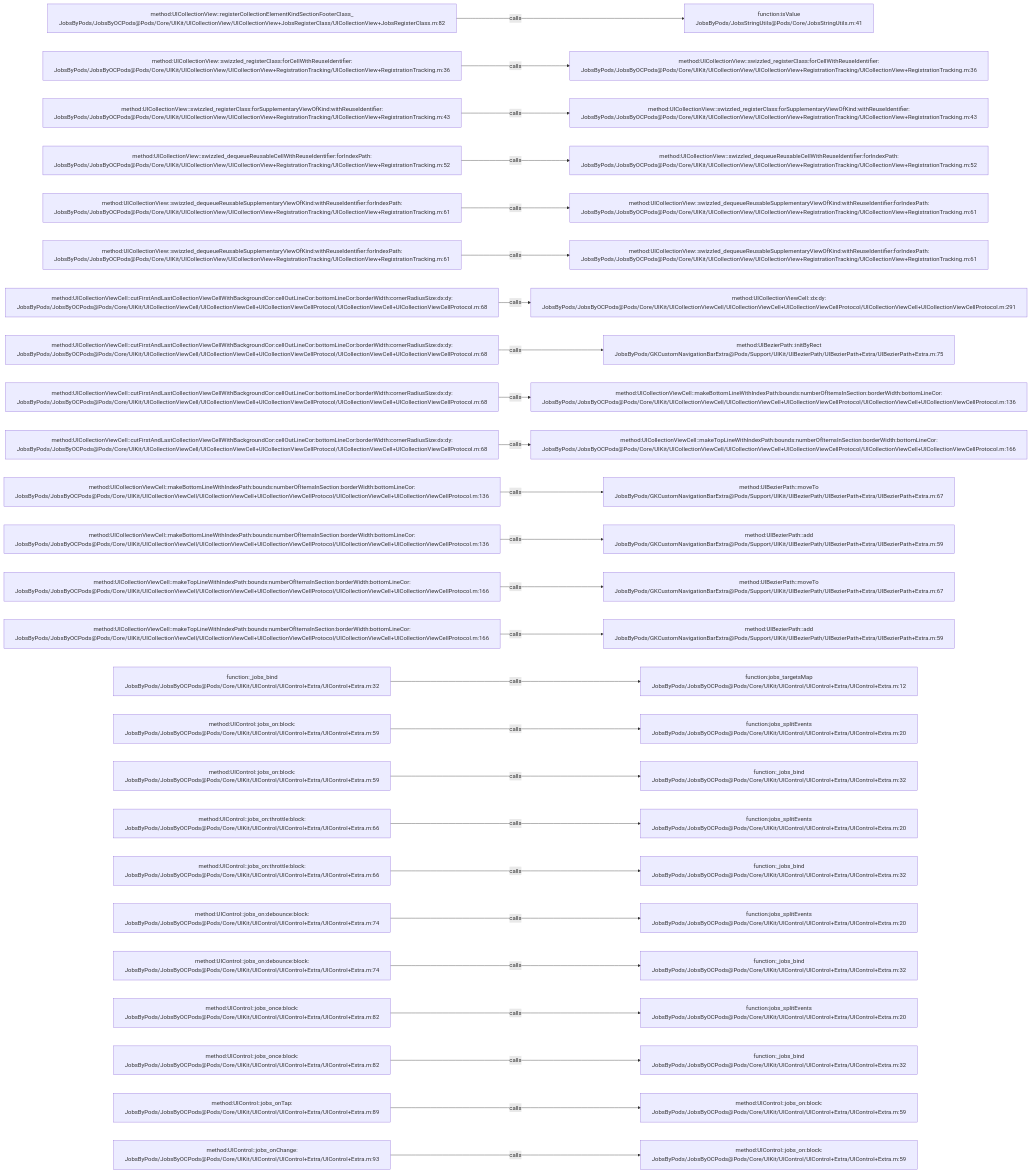
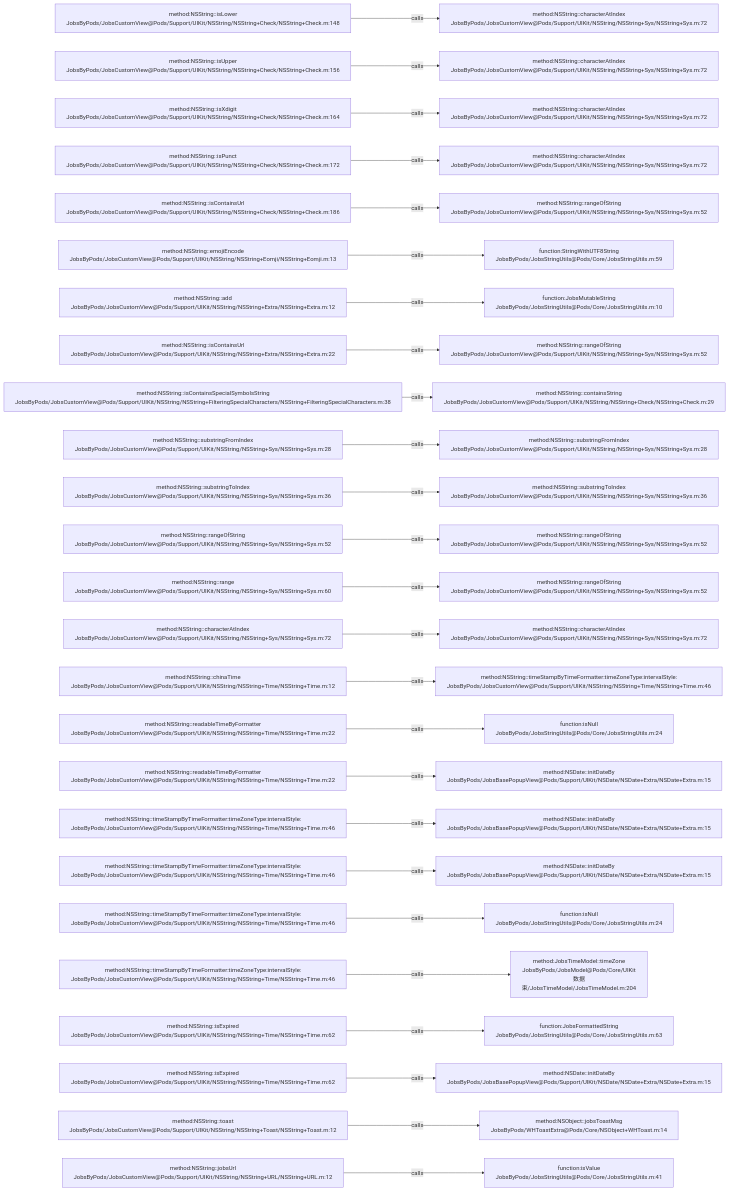
One commit to JobsKits/JobsOCBaseConfigDemo changed the diagram in .codegraph/codegraph.md/graphs/calls-057.md. Above: the diagram before and after it, drawn with Mermaid. The commit also changed 573 other files, not shown here.

````diff
--- a/.codegraph/codegraph.md/graphs/calls-057.md
+++ b/.codegraph/codegraph.md/graphs/calls-057.md
@@ -13,78 +13,78 @@
 ```mermaid
 flowchart LR
-  S1["method:UICollectionView::registerCollectionElementKindSectionFooterClass_<br/>JobsByPods/JobsByOCPods@Pods/Core/UIKit/UICollectionView/UICollectionView+JobsRegisterClass/UICollectionView+JobsRegisterClass.m:82"]
-  T1["function:isValue<br/>JobsByPods/JobsStringUtils@Pods/Core/JobsStringUtils.m:41"]
+  S1["method:NSString::isLower<br/>JobsByPods/JobsCustomView@Pods/Support/UIKit/NSString/NSString+Check/NSString+Check.m:148"]
+  T1["method:NSString::characterAtIndex<br/>JobsByPods/JobsCustomView@Pods/Support/UIKit/NSString/NSString+Sys/NSString+Sys.m:72"]
   S1 -->|calls| T1
-  S2["method:UICollectionView::swizzled_registerClass:forCellWithReuseIdentifier:<br/>JobsByPods/JobsByOCPods@Pods/Core/UIKit/UICollectionView/UICollectionView+RegistrationTracking/UICollectionView+RegistrationTracking.m:36"]
-  T2["method:UICollectionView::swizzled_registerClass:forCellWithReuseIdentifier:<br/>JobsByPods/JobsByOCPods@Pods/Core/UIKit/UICollectionView/UICollectionView+RegistrationTracking/UICollectionView+RegistrationTracking.m:36"]
+  S2["method:NSString::isUpper<br/>JobsByPods/JobsCustomView@Pods/Support/UIKit/NSString/NSString+Check/NSString+Check.m:156"]
+  T2["method:NSString::characterAtIndex<br/>JobsByPods/JobsCustomView@Pods/Support/UIKit/NSString/NSString+Sys/NSString+Sys.m:72"]
   S2 -->|calls| T2
-  S3["method:UICollectionView::swizzled_registerClass:forSupplementaryViewOfKind:withReuseIdentifier:<br/>JobsByPods/JobsByOCPods@Pods/Core/UIKit/UICollectionView/UICollectionView+RegistrationTracking/UICollectionView+RegistrationTracking.m:43"]
-  T3["method:UICollectionView::swizzled_registerClass:forSupplementaryViewOfKind:withReuseIdentifier:<br/>JobsByPods/JobsByOCPods@Pods/Core/UIKit/UICollectionView/UICollectionView+RegistrationTracking/UICollectionView+RegistrationTracking.m:43"]
+  S3["method:NSString::isXdigit<br/>JobsByPods/JobsCustomView@Pods/Support/UIKit/NSString/NSString+Check/NSString+Check.m:164"]
+  T3["method:NSString::characterAtIndex<br/>JobsByPods/JobsCustomView@Pods/Support/UIKit/NSString/NSString+Sys/NSString+Sys.m:72"]
   S3 -->|calls| T3
-  S4["method:UICollectionView::swizzled_dequeueReusableCellWithReuseIdentifier:forIndexPath:<br/>JobsByPods/JobsByOCPods@Pods/Core/UIKit/UICollectionView/UICollectionView+RegistrationTracking/UICollectionView+RegistrationTracking.m:52"]
-  T4["method:UICollectionView::swizzled_dequeueReusableCellWithReuseIdentifier:forIndexPath:<br/>JobsByPods/JobsByOCPods@Pods/Core/UIKit/UICollectionView/UICollectionView+RegistrationTracking/UICollectionView+RegistrationTracking.m:52"]
+  S4["method:NSString::isPunct<br/>JobsByPods/JobsCustomView@Pods/Support/UIKit/NSString/NSString+Check/NSString+Check.m:172"]
+  T4["method:NSString::characterAtIndex<br/>JobsByPods/JobsCustomView@Pods/Support/UIKit/NSString/NSString+Sys/NSString+Sys.m:72"]
   S4 -->|calls| T4
-  S5["method:UICollectionView::swizzled_dequeueReusableSupplementaryViewOfKind:withReuseIdentifier:forIndexPath:<br/>JobsByPods/JobsByOCPods@Pods/Core/UIKit/UICollectionView/UICollectionView+RegistrationTracking/UICollectionView+RegistrationTracking.m:61"]
-  T5["method:UICollectionView::swizzled_dequeueReusableSupplementaryViewOfKind:withReuseIdentifier:forIndexPath:<br/>JobsByPods/JobsByOCPods@Pods/Core/UIKit/UICollectionView/UICollectionView+RegistrationTracking/UICollectionView+RegistrationTracking.m:61"]
+  S5["method:NSString::isContainsUrl<br/>JobsByPods/JobsCustomView@Pods/Support/UIKit/NSString/NSString+Check/NSString+Check.m:186"]
+  T5["method:NSString::rangeOfString<br/>JobsByPods/JobsCustomView@Pods/Support/UIKit/NSString/NSString+Sys/NSString+Sys.m:52"]
   S5 -->|calls| T5
-  S6["method:UICollectionView::swizzled_dequeueReusableSupplementaryViewOfKind:withReuseIdentifier:forIndexPath:<br/>JobsByPods/JobsByOCPods@Pods/Core/UIKit/UICollectionView/UICollectionView+RegistrationTracking/UICollectionView+RegistrationTracking.m:61"]
-  T6["method:UICollectionView::swizzled_dequeueReusableSupplementaryViewOfKind:withReuseIdentifier:forIndexPath:<br/>JobsByPods/JobsByOCPods@Pods/Core/UIKit/UICollectionView/UICollectionView+RegistrationTracking/UICollectionView+RegistrationTracking.m:61"]
+  S6["method:NSString::emojiEncode<br/>JobsByPods/JobsCustomView@Pods/Support/UIKit/NSString/NSString+Eomji/NSString+Eomji.m:13"]
+  T6["function:StringWithUTF8String<br/>JobsByPods/JobsStringUtils@Pods/Core/JobsStringUtils.m:59"]
   S6 -->|calls| T6
-  S7["method:UICollectionViewCell::cutFirstAndLastCollectionViewCellWithBackgroundCor:cellOutLineCor:bottomLineCor:borderWidth:cornerRadiusSize:dx:dy:<br/>JobsByPods/JobsByOCPods@Pods/Core/UIKit/UICollectionViewCell/UICollectionViewCell+UICollectionViewCellProtocol/UICollectionViewCell+UICollectionViewCellProtocol.m:68"]
-  T7["method:UICollectionViewCell::dx:dy:<br/>JobsByPods/JobsByOCPods@Pods/Core/UIKit/UICollectionViewCell/UICollectionViewCell+UICollectionViewCellProtocol/UICollectionViewCell+UICollectionViewCellProtocol.m:291"]
+  S7["method:NSString::add<br/>JobsByPods/JobsCustomView@Pods/Support/UIKit/NSString/NSString+Extra/NSString+Extra.m:12"]
+  T7["function:JobsMutableString<br/>JobsByPods/JobsStringUtils@Pods/Core/JobsStringUtils.m:10"]
   S7 -->|calls| T7
-  S8["method:UICollectionViewCell::cutFirstAndLastCollectionViewCellWithBackgroundCor:cellOutLineCor:bottomLineCor:borderWidth:cornerRadiusSize:dx:dy:<br/>JobsByPods/JobsByOCPods@Pods/Core/UIKit/UICollectionViewCell/UICollectionViewCell+UICollectionViewCellProtocol/UICollectionViewCell+UICollectionViewCellProtocol.m:68"]
-  T8["method:UIBezierPath::initByRect<br/>JobsByPods/GKCustomNavigationBarExtra@Pods/Support/UIKit/UIBezierPath/UIBezierPath+Extra/UIBezierPath+Extra.m:75"]
+  S8["method:NSString::isContainsUrl<br/>JobsByPods/JobsCustomView@Pods/Support/UIKit/NSString/NSString+Extra/NSString+Extra.m:22"]
+  T8["method:NSString::rangeOfString<br/>JobsByPods/JobsCustomView@Pods/Support/UIKit/NSString/NSString+Sys/NSString+Sys.m:52"]
   S8 -->|calls| T8
-  S9["method:UICollectionViewCell::cutFirstAndLastCollectionViewCellWithBackgroundCor:cellOutLineCor:bottomLineCor:borderWidth:cornerRadiusSize:dx:dy:<br/>JobsByPods/JobsByOCPods@Pods/Core/UIKit/UICollectionViewCell/UICollectionViewCell+UICollectionViewCellProtocol/UICollectionViewCell+UICollectionViewCellProtocol.m:68"]
-  T9["method:UICollectionViewCell::makeBottomLineWithIndexPath:bounds:numberOfItemsInSection:borderWidth:bottomLineCor:<br/>JobsByPods/JobsByOCPods@Pods/Core/UIKit/UICollectionViewCell/UICollectionViewCell+UICollectionViewCellProtocol/UICollectionViewCell+UICollectionViewCellProtocol.m:136"]
+  S9["method:NSString::isContainsSpecialSymbolsString<br/>JobsByPods/JobsCustomView@Pods/Support/UIKit/NSString/NSString+FilteringSpecialCharacters/NSString+FilteringSpecialCharacters.m:38"]
+  T9["method:NSString::containsString<br/>JobsByPods/JobsCustomView@Pods/Support/UIKit/NSString/NSString+Check/NSString+Check.m:29"]
   S9 -->|calls| T9
-  S10["method:UICollectionViewCell::cutFirstAndLastCollectionViewCellWithBackgroundCor:cellOutLineCor:bottomLineCor:borderWidth:cornerRadiusSize:dx:dy:<br/>JobsByPods/JobsByOCPods@Pods/Core/UIKit/UICollectionViewCell/UICollectionViewCell+UICollectionViewCellProtocol/UICollectionViewCell+UICollectionViewCellProtocol.m:68"]
-  T10["method:UICollectionViewCell::makeTopLineWithIndexPath:bounds:numberOfItemsInSection:borderWidth:bottomLineCor:<br/>JobsByPods/JobsByOCPods@Pods/Core/UIKit/UICollectionViewCell/UICollectionViewCell+UICollectionViewCellProtocol/UICollectionViewCell+UICollectionViewCellProtocol.m:166"]
+  S10["method:NSString::substringFromIndex<br/>JobsByPods/JobsCustomView@Pods/Support/UIKit/NSString/NSString+Sys/NSString+Sys.m:28"]
+  T10["method:NSString::substringFromIndex<br/>JobsByPods/JobsCustomView@Pods/Support/UIKit/NSString/NSString+Sys/NSString+Sys.m:28"]
   S10 -->|calls| T10
-  S11["method:UICollectionViewCell::makeBottomLineWithIndexPath:bounds:numberOfItemsInSection:borderWidth:bottomLineCor:<br/>JobsByPods/JobsByOCPods@Pods/Core/UIKit/UICollectionViewCell/UICollectionViewCell+UICollectionViewCellProtocol/UICollectionViewCell+UICollectionViewCellProtocol.m:136"]
-  T11["method:UIBezierPath::moveTo<br/>JobsByPods/GKCustomNavigationBarExtra@Pods/Support/UIKit/UIBezierPath/UIBezierPath+Extra/UIBezierPath+Extra.m:67"]
+  S11["method:NSString::substringToIndex<br/>JobsByPods/JobsCustomView@Pods/Support/UIKit/NSString/NSString+Sys/NSString+Sys.m:36"]
+  T11["method:NSString::substringToIndex<br/>JobsByPods/JobsCustomView@Pods/Support/UIKit/NSString/NSString+Sys/NSString+Sys.m:36"]
   S11 -->|calls| T11
-  S12["method:UICollectionViewCell::makeBottomLineWithIndexPath:bounds:numberOfItemsInSection:borderWidth:bottomLineCor:<br/>JobsByPods/JobsByOCPods@Pods/Core/UIKit/UICollectionViewCell/UICollectionViewCell+UICollectionViewCellProtocol/UICollectionViewCell+UICollectionViewCellProtocol.m:136"]
-  T12["method:UIBezierPath::add<br/>JobsByPods/GKCustomNavigationBarExtra@Pods/Support/UIKit/UIBezierPath/UIBezierPath+Extra/UIBezierPath+Extra.m:59"]
+  S12["method:NSString::rangeOfString<br/>JobsByPods/JobsCustomView@Pods/Support/UIKit/NSString/NSString+Sys/NSString+Sys.m:52"]
+  T12["method:NSString::rangeOfString<br/>JobsByPods/JobsCustomView@Pods/Support/UIKit/NSString/NSString+Sys/NSString+Sys.m:52"]
   S12 -->|calls| T12
-  S13["method:UICollectionViewCell::makeTopLineWithIndexPath:bounds:numberOfItemsInSection:borderWidth:bottomLineCor:<br/>JobsByPods/JobsByOCPods@Pods/Core/UIKit/UICollectionViewCell/UICollectionViewCell+UICollectionViewCellProtocol/UICollectionViewCell+UICollectionViewCellProtocol.m:166"]
-  T13["method:UIBezierPath::moveTo<br/>JobsByPods/GKCustomNavigationBarExtra@Pods/Support/UIKit/UIBezierPath/UIBezierPath+Extra/UIBezierPath+Extra.m:67"]
+  S13["method:NSString::range<br/>JobsByPods/JobsCustomView@Pods/Support/UIKit/NSString/NSString+Sys/NSString+Sys.m:60"]
+  T13["method:NSString::rangeOfString<br/>JobsByPods/JobsCustomView@Pods/Support/UIKit/NSString/NSString+Sys/NSString+Sys.m:52"]
   S13 -->|calls| T13
-  S14["method:UICollectionViewCell::makeTopLineWithIndexPath:bounds:numberOfItemsInSection:borderWidth:bottomLineCor:<br/>JobsByPods/JobsByOCPods@Pods/Core/UIKit/UICollectionViewCell/UICollectionViewCell+UICollectionViewCellProtocol/UICollectionViewCell+UICollectionViewCellProtocol.m:166"]
-  T14["method:UIBezierPath::add<br/>JobsByPods/GKCustomNavigationBarExtra@Pods/Support/UIKit/UIBezierPath/UIBezierPath+Extra/UIBezierPath+Extra.m:59"]
+  S14["method:NSString::characterAtIndex<br/>JobsByPods/JobsCustomView@Pods/Support/UIKit/NSString/NSString+Sys/NSString+Sys.m:72"]
+  T14["method:NSString::characterAtIndex<br/>JobsByPods/JobsCustomView@Pods/Support/UIKit/NSString/NSString+Sys/NSString+Sys.m:72"]
   S14 -->|calls| T14
-  S15["function:_jobs_bind<br/>JobsByPods/JobsByOCPods@Pods/Core/UIKit/UIControl/UIControl+Extra/UIControl+Extra.m:32"]
-  T15["function:jobs_targetsMap<br/>JobsByPods/JobsByOCPods@Pods/Core/UIKit/UIControl/UIControl+Extra/UIControl+Extra.m:12"]
+  S15["method:NSString::chinaTime<br/>JobsByPods/JobsCustomView@Pods/Support/UIKit/NSString/NSString+Time/NSString+Time.m:12"]
+  T15["method:NSString::timeStampByTimeFormatter:timeZoneType:intervalStyle:<br/>JobsByPods/JobsCustomView@Pods/Support/UIKit/NSString/NSString+Time/NSString+Time.m:46"]
   S15 -->|calls| T15
-  S16["method:UIControl::jobs_on:block:<br/>JobsByPods/JobsByOCPods@Pods/Core/UIKit/UIControl/UIControl+Extra/UIControl+Extra.m:59"]
-  T16["function:jobs_splitEvents<br/>JobsByPods/JobsByOCPods@Pods/Core/UIKit/UIControl/UIControl+Extra/UIControl+Extra.m:20"]
+  S16["method:NSString::readableTimeByFormatter<br/>JobsByPods/JobsCustomView@Pods/Support/UIKit/NSString/NSString+Time/NSString+Time.m:22"]
+  T16["function:isNull<br/>JobsByPods/JobsStringUtils@Pods/Core/JobsStringUtils.m:24"]
   S16 -->|calls| T16
-  S17["method:UIControl::jobs_on:block:<br/>JobsByPods/JobsByOCPods@Pods/Core/UIKit/UIControl/UIControl+Extra/UIControl+Extra.m:59"]
-  T17["function:_jobs_bind<br/>JobsByPods/JobsByOCPods@Pods/Core/UIKit/UIControl/UIControl+Extra/UIControl+Extra.m:32"]
+  S17["method:NSString::readableTimeByFormatter<br/>JobsByPods/JobsCustomView@Pods/Support/UIKit/NSString/NSString+Time/NSString+Time.m:22"]
+  T17["method:NSDate::initDateBy<br/>JobsByPods/JobsBasePopupView@Pods/Support/UIKit/NSDate/NSDate+Extra/NSDate+Extra.m:15"]
   S17 -->|calls| T17
-  S18["method:UIControl::jobs_on:throttle:block:<br/>JobsByPods/JobsByOCPods@Pods/Core/UIKit/UIControl/UIControl+Extra/UIControl+Extra.m:66"]
-  T18["function:jobs_splitEvents<br/>JobsByPods/JobsByOCPods@Pods/Core/UIKit/UIControl/UIControl+Extra/UIControl+Extra.m:20"]
+  S18["method:NSString::timeStampByTimeFormatter:timeZoneType:intervalStyle:<br/>JobsByPods/JobsCustomView@Pods/Support/UIKit/NSString/NSString+Time/NSString+Time.m:46"]
+  T18["method:NSDate::initDateBy<br/>JobsByPods/JobsBasePopupView@Pods/Support/UIKit/NSDate/NSDate+Extra/NSDate+Extra.m:15"]
   S18 -->|calls| T18
-  S19["method:UIControl::jobs_on:throttle:block:<br/>JobsByPods/JobsByOCPods@Pods/Core/UIKit/UIControl/UIControl+Extra/UIControl+Extra.m:66"]
-  T19["function:_jobs_bind<br/>JobsByPods/JobsByOCPods@Pods/Core/UIKit/UIControl/UIControl+Extra/UIControl+Extra.m:32"]
+  S19["method:NSString::timeStampByTimeFormatter:timeZoneType:intervalStyle:<br/>JobsByPods/JobsCustomView@Pods/Support/UIKit/NSString/NSString+Time/NSString+Time.m:46"]
+  T19["method:NSDate::initDateBy<br/>JobsByPods/JobsBasePopupView@Pods/Support/UIKit/NSDate/NSDate+Extra/NSDate+Extra.m:15"]
   S19 -->|calls| T19
-  S20["method:UIControl::jobs_on:debounce:block:<br/>JobsByPods/JobsByOCPods@Pods/Core/UIKit/UIControl/UIControl+Extra/UIControl+Extra.m:74"]
-  T20["function:jobs_splitEvents<br/>JobsByPods/JobsByOCPods@Pods/Core/UIKit/UIControl/UIControl+Extra/UIControl+Extra.m:20"]
+  S20["method:NSString::timeStampByTimeFormatter:timeZoneType:intervalStyle:<br/>JobsByPods/JobsCustomView@Pods/Support/UIKit/NSString/NSString+Time/NSString+Time.m:46"]
+  T20["function:isNull<br/>JobsByPods/JobsStringUtils@Pods/Core/JobsStringUtils.m:24"]
   S20 -->|calls| T20
-  S21["method:UIControl::jobs_on:debounce:block:<br/>JobsByPods/JobsByOCPods@Pods/Core/UIKit/UIControl/UIControl+Extra/UIControl+Extra.m:74"]
-  T21["function:_jobs_bind<br/>JobsByPods/JobsByOCPods@Pods/Core/UIKit/UIControl/UIControl+Extra/UIControl+Extra.m:32"]
+  S21["method:NSString::timeStampByTimeFormatter:timeZoneType:intervalStyle:<br/>JobsByPods/JobsCustomView@Pods/Support/UIKit/NSString/NSString+Time/NSString+Time.m:46"]
+  T21["method:JobsTimeModel::timeZone<br/>JobsByPods/JobsModel@Pods/Core/UIKit数据束/JobsTimeModel/JobsTimeModel.m:204"]
   S21 -->|calls| T21
-  S22["method:UIControl::jobs_once:block:<br/>JobsByPods/JobsByOCPods@Pods/Core/UIKit/UIControl/UIControl+Extra/UIControl+Extra.m:82"]
-  T22["function:jobs_splitEvents<br/>JobsByPods/JobsByOCPods@Pods/Core/UIKit/UIControl/UIControl+Extra/UIControl+Extra.m:20"]
+  S22["method:NSString::isExpired<br/>JobsByPods/JobsCustomView@Pods/Support/UIKit/NSString/NSString+Time/NSString+Time.m:62"]
+  T22["function:JobsFormattedString<br/>JobsByPods/JobsStringUtils@Pods/Core/JobsStringUtils.m:63"]
   S22 -->|calls| T22
-  S23["method:UIControl::jobs_once:block:<br/>JobsByPods/JobsByOCPods@Pods/Core/UIKit/UIControl/UIControl+Extra/UIControl+Extra.m:82"]
-  T23["function:_jobs_bind<br/>JobsByPods/JobsByOCPods@Pods/Core/UIKit/UIControl/UIControl+Extra/UIControl+Extra.m:32"]
+  S23["method:NSString::isExpired<br/>JobsByPods/JobsCustomView@Pods/Support/UIKit/NSString/NSString+Time/NSString+Time.m:62"]
+  T23["method:NSDate::initDateBy<br/>JobsByPods/JobsBasePopupView@Pods/Support/UIKit/NSDate/NSDate+Extra/NSDate+Extra.m:15"]
   S23 -->|calls| T23
-  S24["method:UIControl::jobs_onTap:<br/>JobsByPods/JobsByOCPods@Pods/Core/UIKit/UIControl/UIControl+Extra/UIControl+Extra.m:89"]
-  T24["method:UIControl::jobs_on:block:<br/>JobsByPods/JobsByOCPods@Pods/Core/UIKit/UIControl/UIControl+Extra/UIControl+Extra.m:59"]
+  S24["method:NSString::toast<br/>JobsByPods/JobsCustomView@Pods/Support/UIKit/NSString/NSString+Toast/NSString+Toast.m:12"]
+  T24["method:NSObject::jobsToastMsg<br/>JobsByPods/WHToastExtra@Pods/Core/NSObject+WHToast.m:14"]
   S24 -->|calls| T24
-  S25["method:UIControl::jobs_onChange:<br/>JobsByPods/JobsByOCPods@Pods/Core/UIKit/UIControl/UIControl+Extra/UIControl+Extra.m:93"]
-  T25["method:UIControl::jobs_on:block:<br/>JobsByPods/JobsByOCPods@Pods/Core/UIKit/UIControl/UIControl+Extra/UIControl+Extra.m:59"]
+  S25["method:NSString::jobsUrl<br/>JobsByPods/JobsCustomView@Pods/Support/UIKit/NSString/NSString+URL/NSString+URL.m:12"]
+  T25["function:isValue<br/>JobsByPods/JobsStringUtils@Pods/Core/JobsStringUtils.m:41"]
   S25 -->|calls| T25
 ```
````
